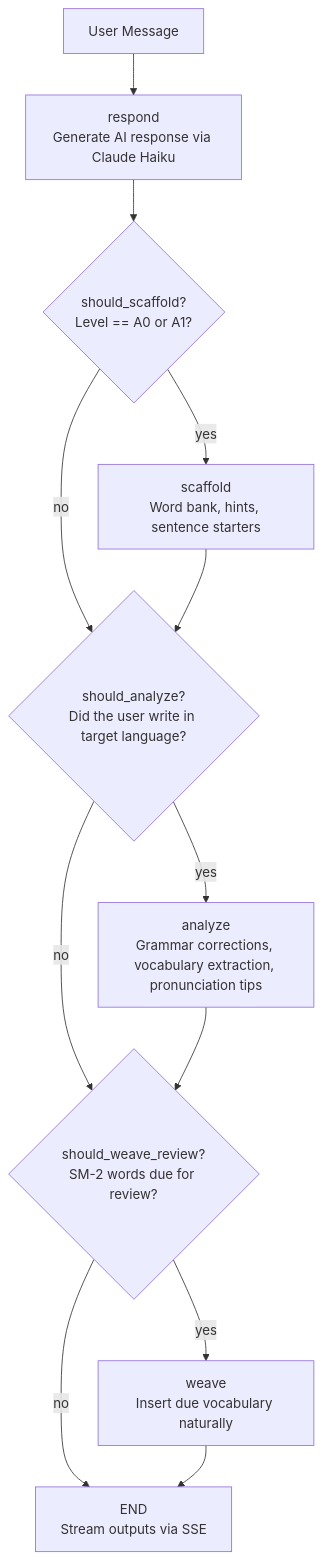
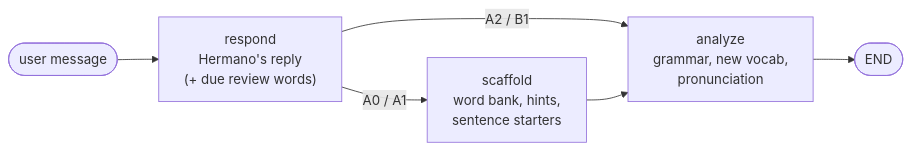
The third of 9 diagrams in docs/architecture.md (darth-dodo/habla-hermano), drawn with Mermaid before and after one commit. The commit also changed other lines of this file and 10 other files, not shown here.

````diff
--- a/docs/architecture.md
+++ b/docs/architecture.md
@@ -150,14 +76,8 @@
 ```mermaid
-graph TD
-    A["User Message"] --> R["respond<br/>Generate AI response via Claude Haiku"]
-    R --> S{"should_scaffold?<br/>Level == A0 or A1?"}
-    S -- yes --> SC["scaffold<br/>Word bank, hints, sentence starters"]
-    S -- no --> AN
-    SC --> AN{"should_analyze?<br/>Did the user write in target language?"}
-    AN -- yes --> AZ["analyze<br/>Grammar corrections, vocabulary extraction, pronunciation tips"]
-    AN -- no --> W
-    AZ --> W{"should_weave_review?<br/>SM-2 words due for review?"}
-    W -- yes --> WV["weave<br/>Insert due vocabulary naturally"]
-    W -- no --> E["END<br/>Stream outputs via SSE"]
-    WV --> E
+graph LR
+    U(["user message"]) --> R["respond<br/>Hermano's reply<br/>(+ due review words)"]
+    R -- "A0 / A1" --> S["scaffold<br/>word bank, hints,<br/>sentence starters"]
+    R -- "A2 / B1" --> A
+    S --> A["analyze<br/>grammar, new vocab,<br/>pronunciation"]
+    A --> E(["END"])
 ```
````
